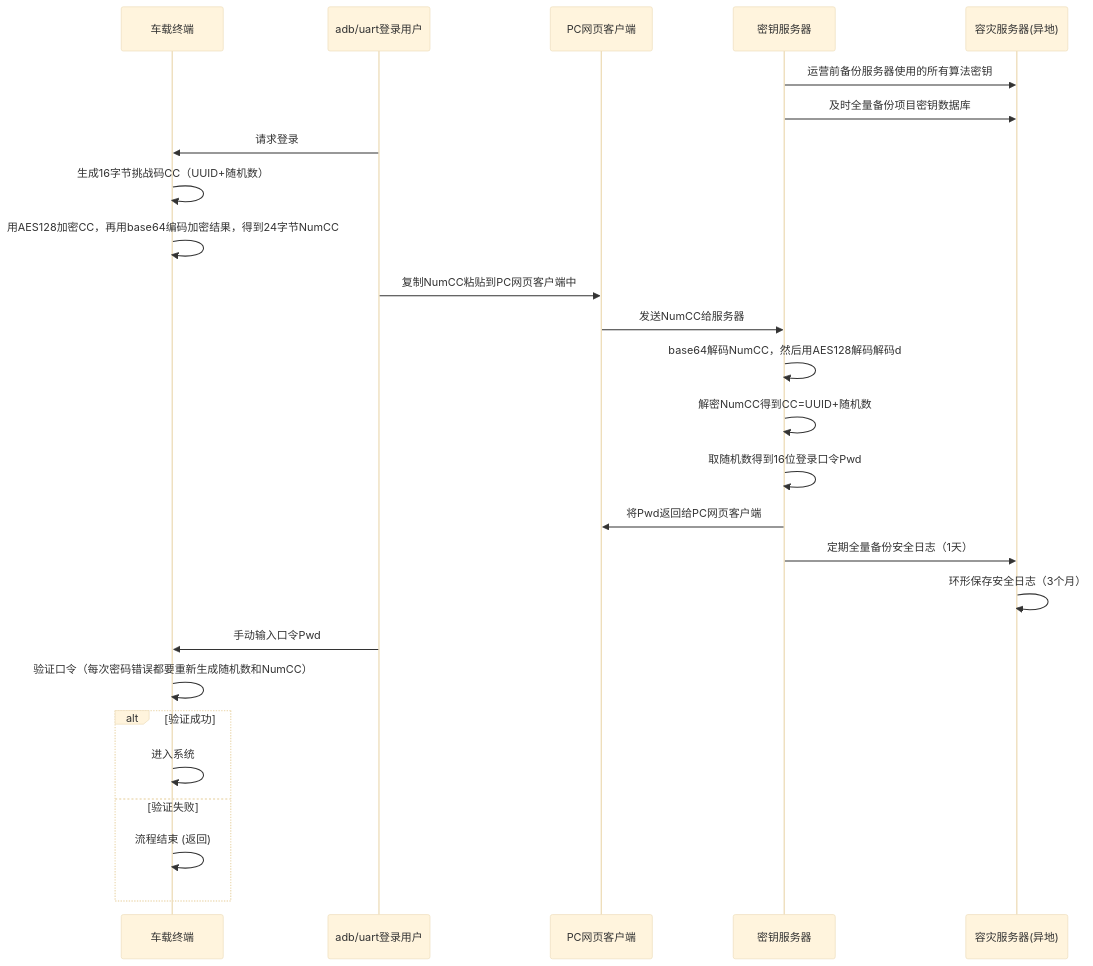
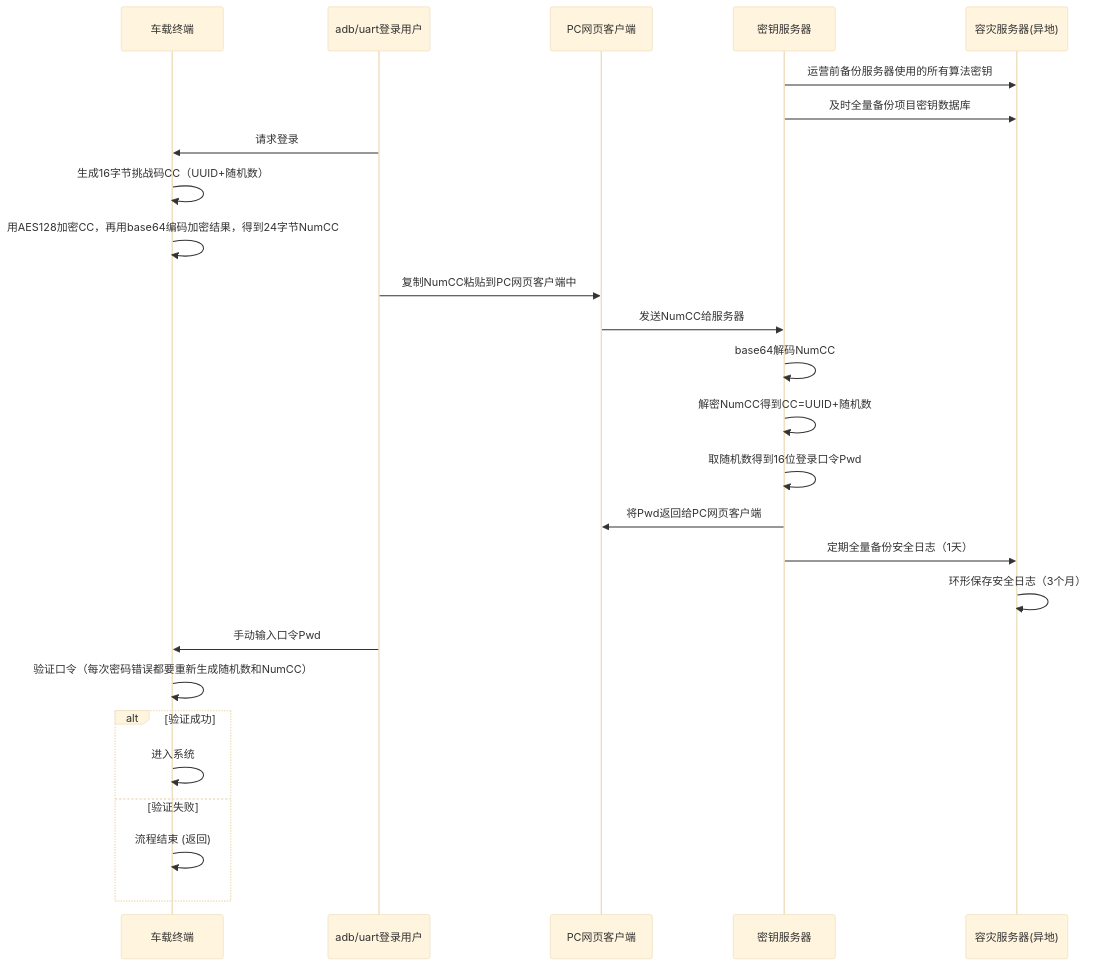
The diagram in all/未命名-19.md (facebook-cloud/iodraw-files), drawn with Mermaid (base theme) before and after one commit.

Commit message:
2026-03-19 16:47:28 update

````diff
--- a/all/未命名-19.md
+++ b/all/未命名-19.md
@@ -1,33 +1,33 @@
 ```mermaid
 sequenceDiagram
     participant tbox as 车载终端
     participant user as adb/uart登录用户
     participant pc as PC网页客户端
     participant tech_center as 密钥服务器
     participant backup as 容灾服务器(异地)
   
     tech_center->>backup: 运营前备份服务器使用的所有算法密钥
     tech_center->>backup: 及时全量备份项目密钥数据库
 
     user->>tbox: 请求登录
     tbox->>tbox: 生成16字节挑战码CC（UUID+随机数）
     tbox->>tbox: 用AES128加密CC，再用base64编码加密结果，得到24字节NumCC
     user->>pc: 复制NumCC粘贴到PC网页客户端中
     pc->>tech_center: 发送NumCC给服务器
-    tech_center->>tech_center: base64解码NumCC，然后用AES128解码解码d
+    tech_center->>tech_center: base64解码NumCC
     tech_center->>tech_center: 解密NumCC得到CC=UUID+随机数
     tech_center->>tech_center: 取随机数得到16位登录口令Pwd
     tech_center->>pc: 将Pwd返回给PC网页客户端
 
     tech_center->>backup: 定期全量备份安全日志（1天）
     backup->>backup: 环形保存安全日志（3个月）
     user->>tbox: 手动输入口令Pwd
     tbox->>tbox: 验证口令（每次密码错误都要重新生成随机数和NumCC）
     alt 验证成功
         tbox->>tbox: 进入系统
     else 验证失败
         tbox->>tbox: 流程结束 (返回)
     end
 
 
 ```
````
